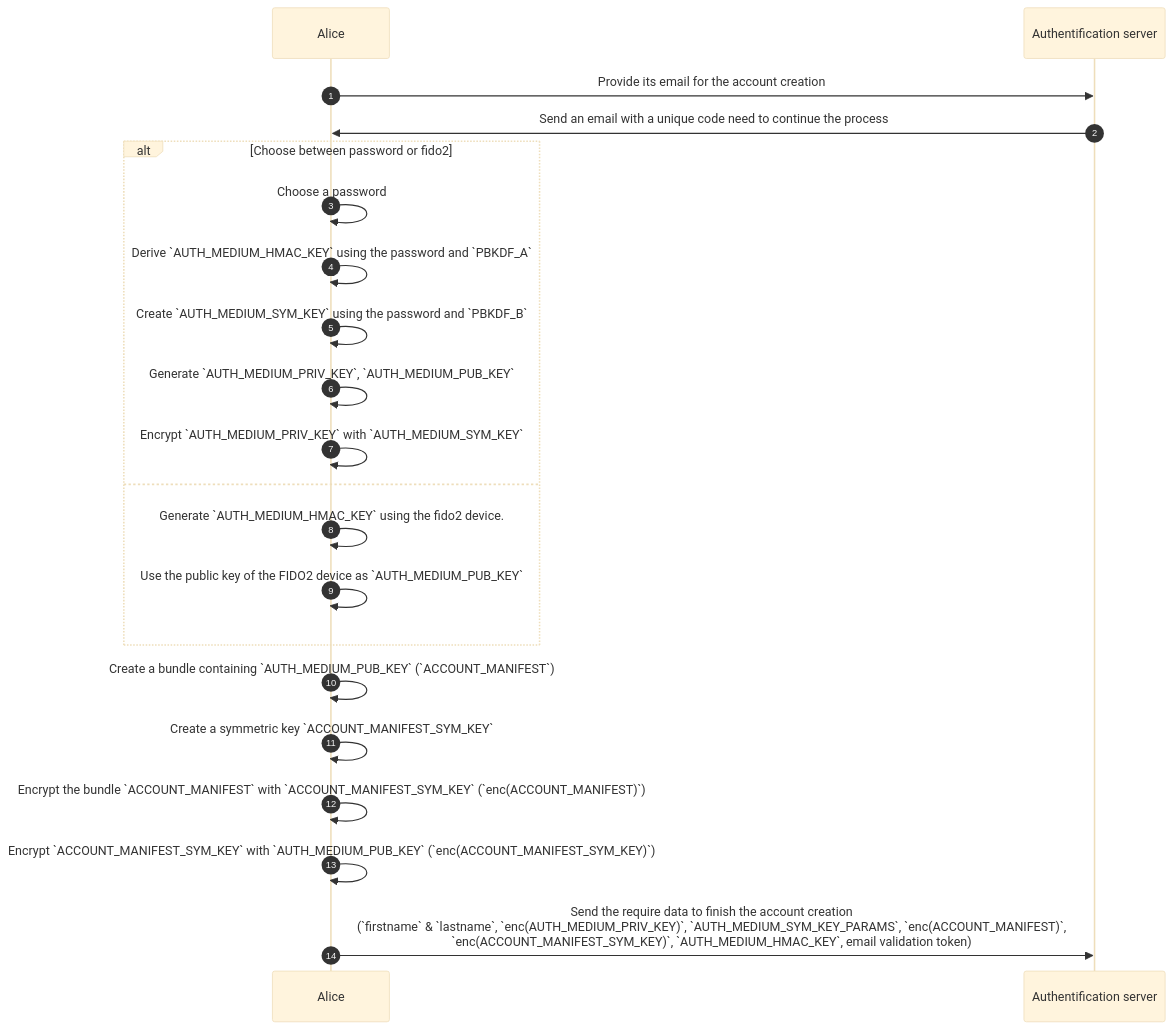
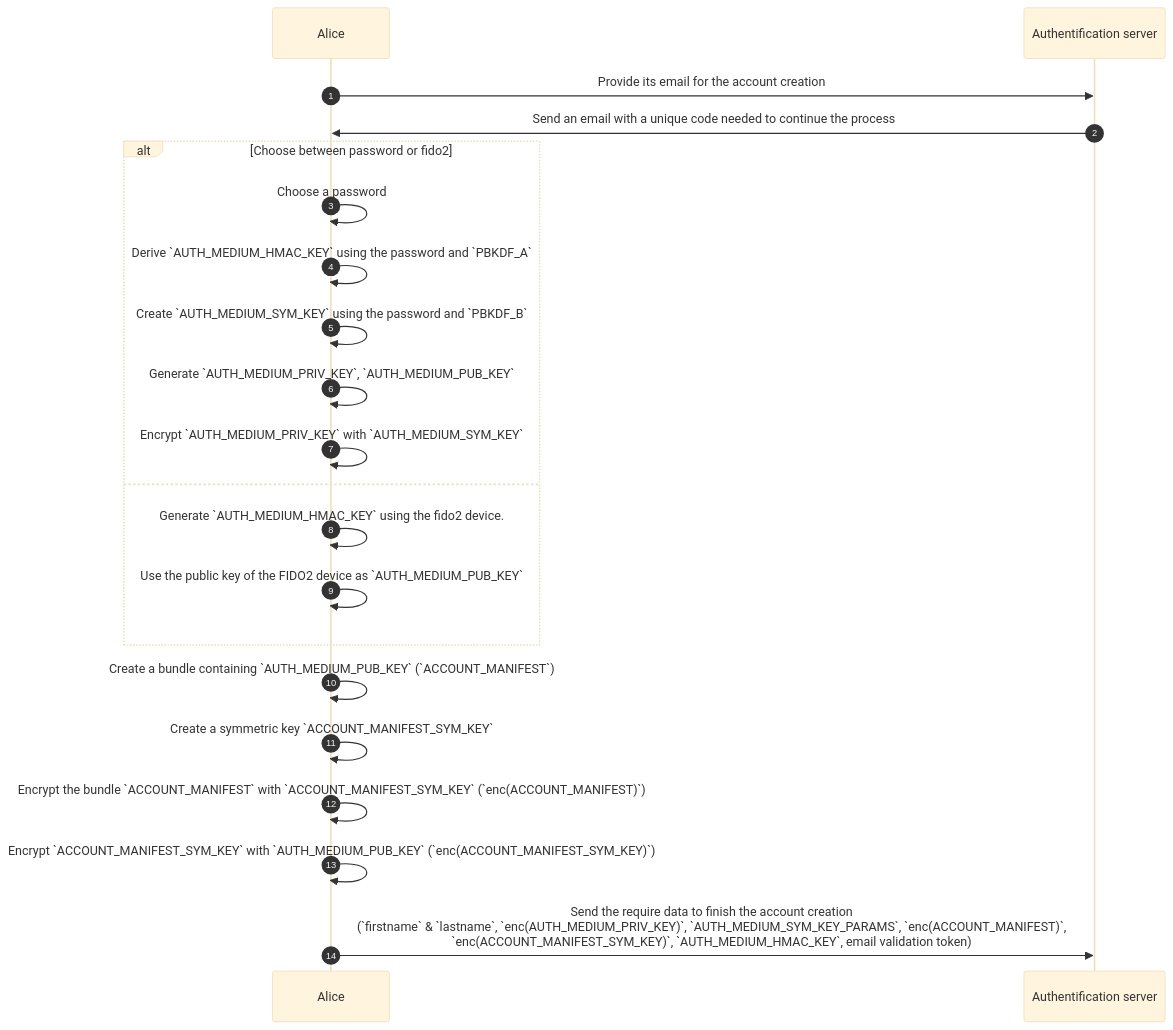
One commit to Scille/parsec-cloud changed the second of 8 diagrams in docs/rfcs/1012-parsec-auth.md. Above: the diagram before and after it, drawn with Mermaid (base theme). The commit also changed other lines of this file, not shown here.

Commit message:
Apply suggestions from code review

````diff
--- a/docs/rfcs/1012-parsec-auth.md
+++ b/docs/rfcs/1012-parsec-auth.md
@@ -107,25 +105,25 @@
 ```mermaid
 sequenceDiagram
   autonumber
   participant Alice
   participant S as Authentification server
 
   Alice ->> S: Provide its email for the account creation
-  S ->> Alice: Send an email with a unique code need to continue the process
+  S ->> Alice: Send an email with a unique code needed to continue the process
   alt Choose between password or fido2
     Alice ->> Alice: Choose a password
     Alice ->> Alice: Derive `AUTH_MEDIUM_HMAC_KEY` using the password and `PBKDF_A`
     Alice ->> Alice: Create `AUTH_MEDIUM_SYM_KEY` using the password and `PBKDF_B`
     Alice ->> Alice: Generate `AUTH_MEDIUM_PRIV_KEY`, `AUTH_MEDIUM_PUB_KEY`
     Alice ->> Alice: Encrypt `AUTH_MEDIUM_PRIV_KEY` with `AUTH_MEDIUM_SYM_KEY`
   else
     Alice ->> Alice: Generate `AUTH_MEDIUM_HMAC_KEY` using the fido2 device.
     Alice ->> Alice: Use the public key of the FIDO2 device as `AUTH_MEDIUM_PUB_KEY`
   end
 
   Alice ->> Alice: Create a bundle containing `AUTH_MEDIUM_PUB_KEY` (`ACCOUNT_MANIFEST`)
   Alice ->> Alice: Create a symmetric key `ACCOUNT_MANIFEST_SYM_KEY`
   Alice ->> Alice: Encrypt the bundle `ACCOUNT_MANIFEST` with `ACCOUNT_MANIFEST_SYM_KEY` (`enc(ACCOUNT_MANIFEST)`)
   Alice ->> Alice: Encrypt `ACCOUNT_MANIFEST_SYM_KEY` with `AUTH_MEDIUM_PUB_KEY` (`enc(ACCOUNT_MANIFEST_SYM_KEY)`)
   Alice ->> S: Send the require data to finish the account creation<br>(`firstname` & `lastname`, `enc(AUTH_MEDIUM_PRIV_KEY)`, `AUTH_MEDIUM_SYM_KEY_PARAMS`, `enc(ACCOUNT_MANIFEST)`,<br>`enc(ACCOUNT_MANIFEST_SYM_KEY)`, `AUTH_MEDIUM_HMAC_KEY`, email validation token)
 ```
````
